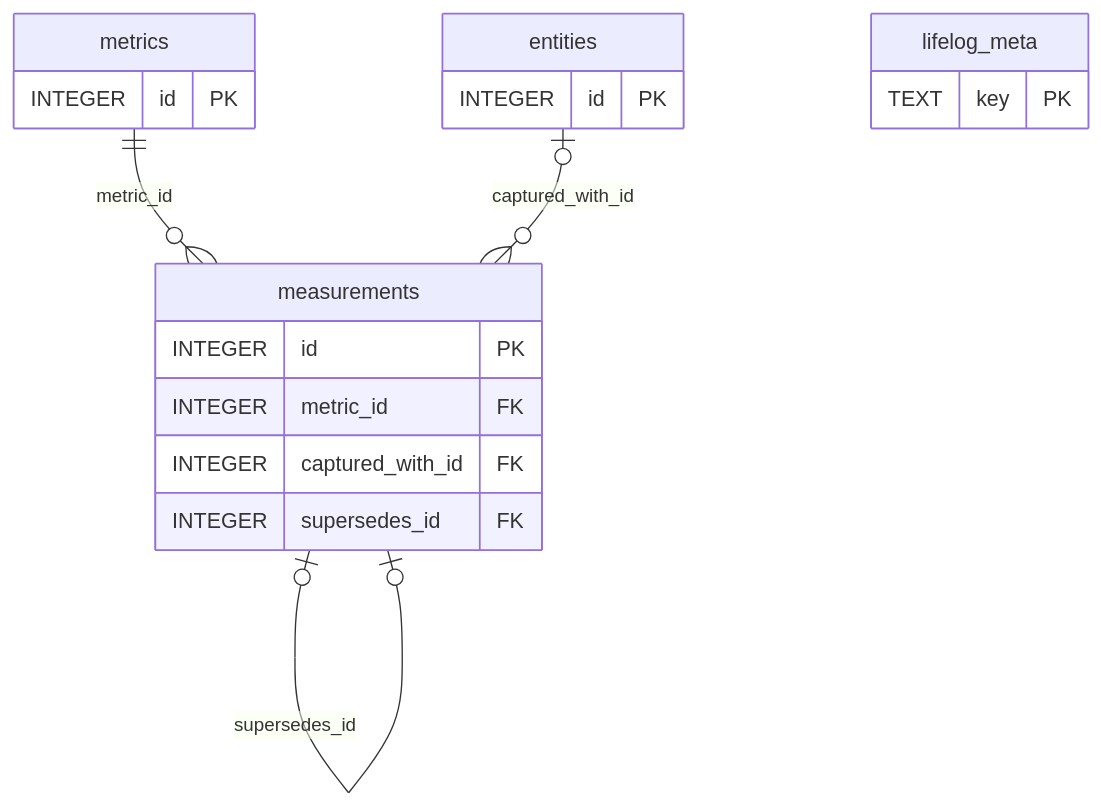
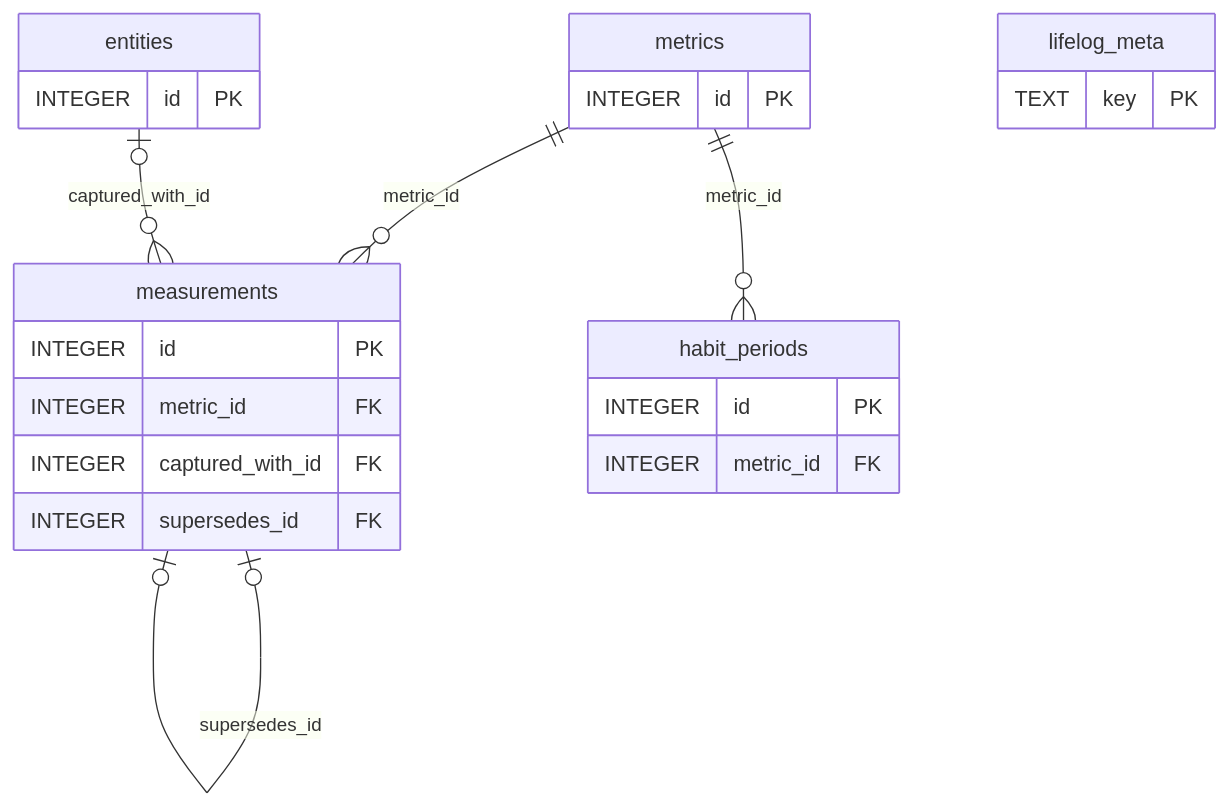
One commit to alexradunet/lifelogdb changed the fourth of 7 diagrams in SCHEMA.md. Above: the diagram before and after it, drawn with Mermaid. The commit also changed other lines of this file and 8 other files, not shown here.

First line of the commit message:
SCHEMA.md: a habit is a 0/1 metric with active periods (D24)

````diff
--- a/SCHEMA.md
+++ b/SCHEMA.md
@@ -890,23 +930,28 @@
 ```mermaid
 %% diagram: er-facts
 erDiagram
     metrics     ||--o{ measurements : "metric_id"
     entities    |o--o{ measurements : "captured_with_id"
     measurements |o--o| measurements : "supersedes_id"
+    metrics     ||--o{ habit_periods : "metric_id"
 
     metrics {
         INTEGER id PK
     }
     measurements {
         INTEGER id PK
         INTEGER metric_id FK
         INTEGER captured_with_id FK
         INTEGER supersedes_id FK
     }
     entities {
         INTEGER id PK
     }
+    habit_periods {
+        INTEGER id PK
+        INTEGER metric_id FK
+    }
     lifelog_meta {
         TEXT key PK
     }
 ```
````
